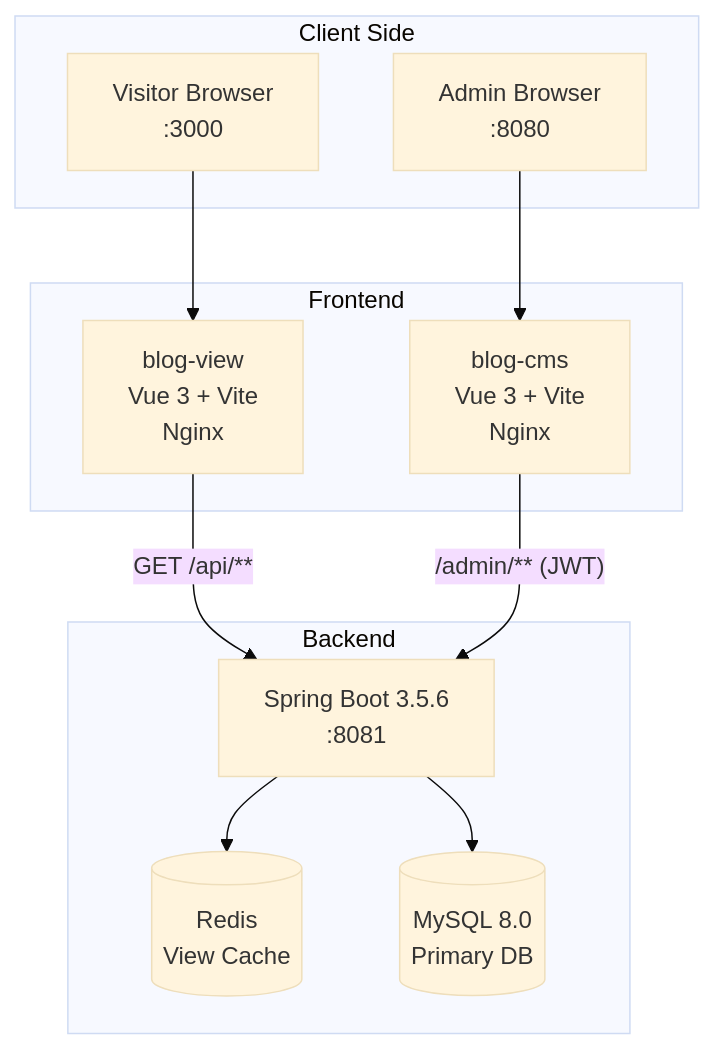
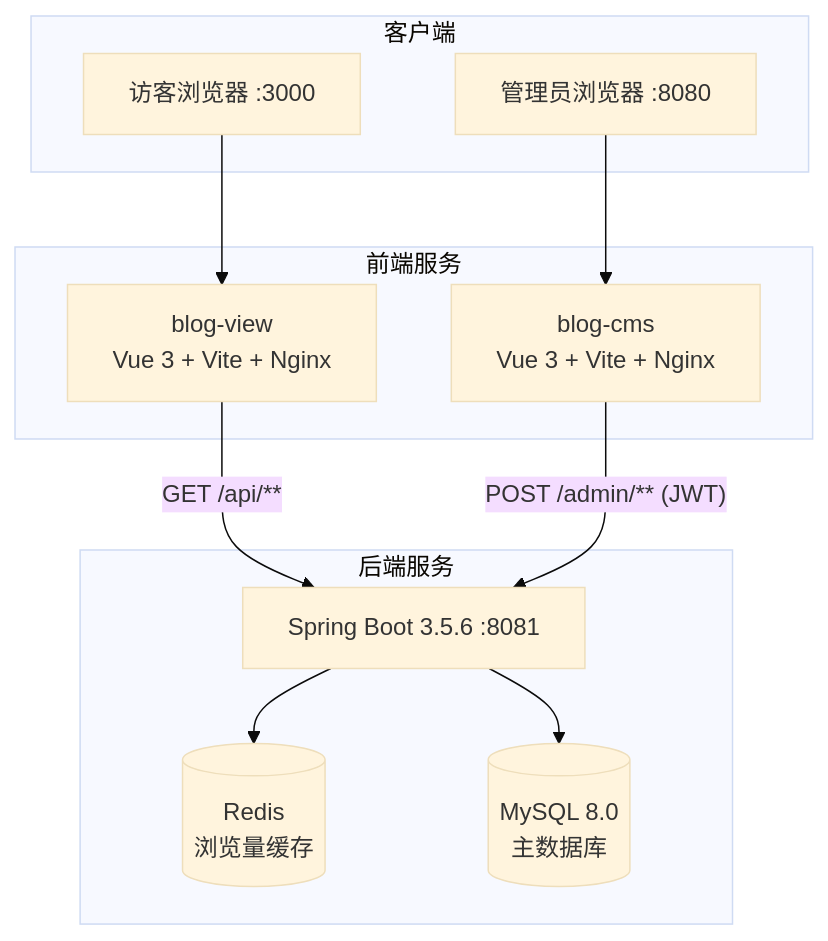
One commit to Eleven-Mouse/Eleven-blog changed the first of 2 diagrams in README.md. Above: the diagram before and after it, drawn with Mermaid (base theme). The commit also changed other lines of this file and 1 other file, not shown here.

First line of the commit message:
refactor(frontend): 重构文章详情页和归档页优化界面布局与交互

````diff
--- a/README.md
+++ b/README.md
@@ -49,25 +53,25 @@
 ```mermaid
 graph TB
-    subgraph "Client Side"
-        Visitor["Visitor Browser<br/>:3000"]
-        Admin["Admin Browser<br/>:8080"]
+    subgraph Client["客户端"]
+        Visitor["访客浏览器 :3000"]
+        Admin["管理员浏览器 :8080"]
     end
 
-    subgraph "Frontend"
-        BlogView["blog-view<br/>Vue 3 + Vite<br/>Nginx"]
-        BlogCMS["blog-cms<br/>Vue 3 + Vite<br/>Nginx"]
+    subgraph Frontend["前端服务"]
+        BlogView["blog-view<br/>Vue 3 + Vite + Nginx"]
+        BlogCMS["blog-cms<br/>Vue 3 + Vite + Nginx"]
     end
 
-    subgraph "Backend"
-        API["Spring Boot 3.5.6<br/>:8081"]
-        Redis[("Redis<br/>View Cache")]
-        MySQL[("MySQL 8.0<br/>Primary DB")]
+    subgraph Backend["后端服务"]
+        API["Spring Boot 3.5.6 :8081"]
+        Redis[("Redis<br/>浏览量缓存")]
+        MySQL[("MySQL 8.0<br/>主数据库")]
     end
 
     Visitor --> BlogView
     Admin --> BlogCMS
     BlogView -->|"GET /api/**"| API
-    BlogCMS -->|"/admin/** (JWT)"| API
+    BlogCMS -->|"POST /admin/** (JWT)"| API
     API --> Redis
     API --> MySQL
 ```
````
